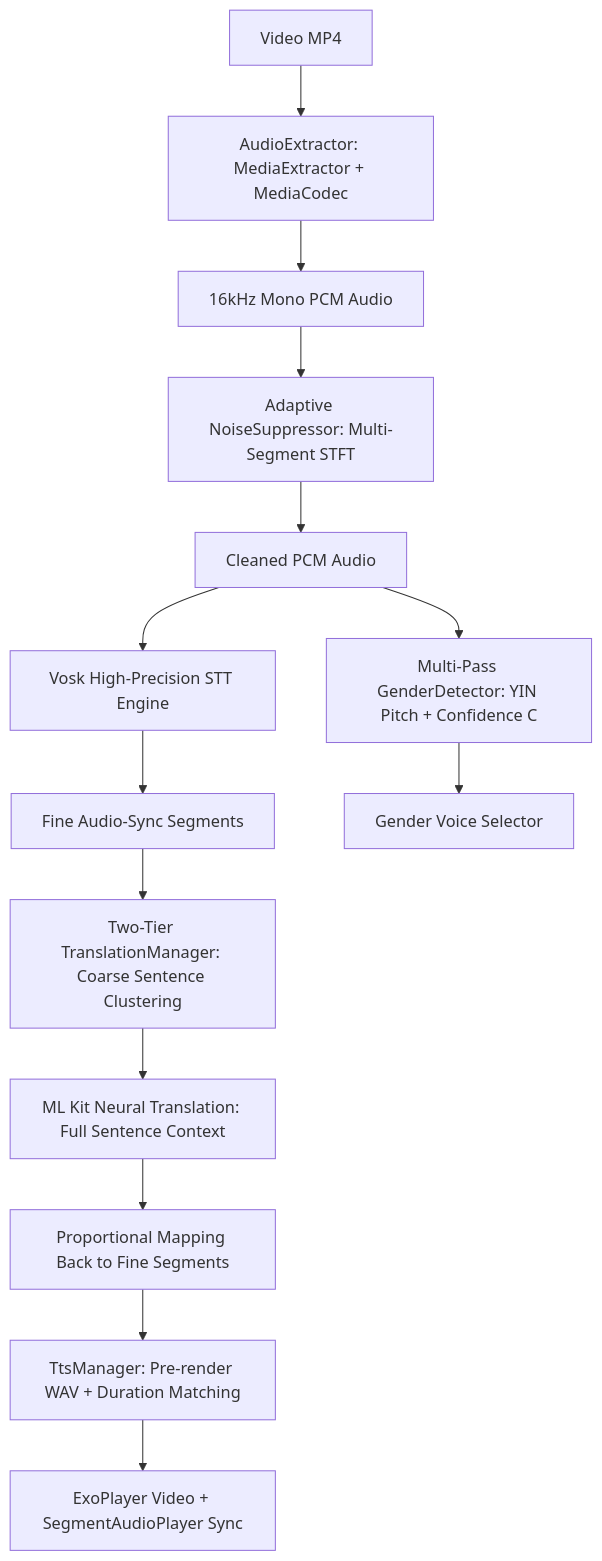
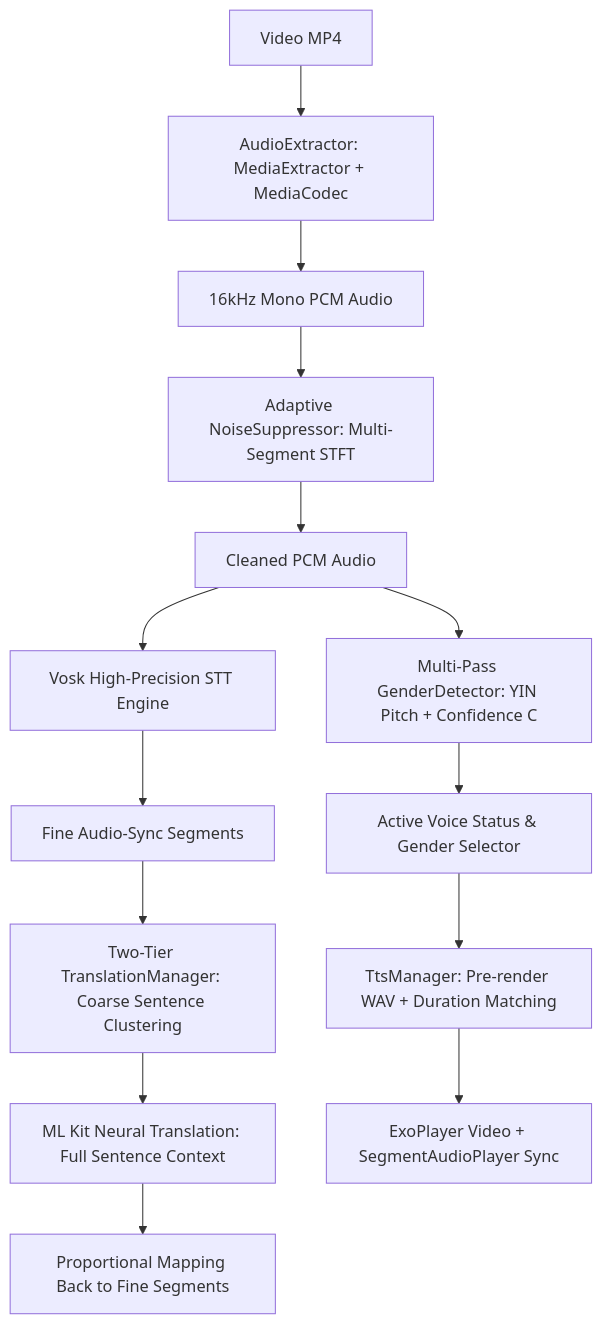
Before and after one commit to SyedSaad8008/Video-Translator: the diagram in README.md, drawn with Mermaid. The commit also changed other lines of this file and 3 other files, not shown here.

Commit message:
feat: Build active in-app TTS voice data remediation prompt with ACTION_INSTALL_TTS_DATA intent

````diff
--- a/README.md
+++ b/README.md
@@ -15,16 +15,16 @@
 ```mermaid
 graph TD
     A[Video MP4] --> B[AudioExtractor: MediaExtractor + MediaCodec]
     B --> C[16kHz Mono PCM Audio]
     C --> D[Adaptive NoiseSuppressor: Multi-Segment STFT]
     D --> E[Cleaned PCM Audio]
     E --> F[Vosk High-Precision STT Engine]
     E --> G[Multi-Pass GenderDetector: YIN Pitch + Confidence C]
     F --> H[Fine Audio-Sync Segments]
     H --> I[Two-Tier TranslationManager: Coarse Sentence Clustering]
     I --> J[ML Kit Neural Translation: Full Sentence Context]
     J --> K[Proportional Mapping Back to Fine Segments]
-    G --> L[Gender Voice Selector]
-    K --> M[TtsManager: Pre-render WAV + Duration Matching]
+    G --> L[Active Voice Status & Gender Selector]
+    L --> M[TtsManager: Pre-render WAV + Duration Matching]
     M --> N[ExoPlayer Video + SegmentAudioPlayer Sync]
 ```
````
